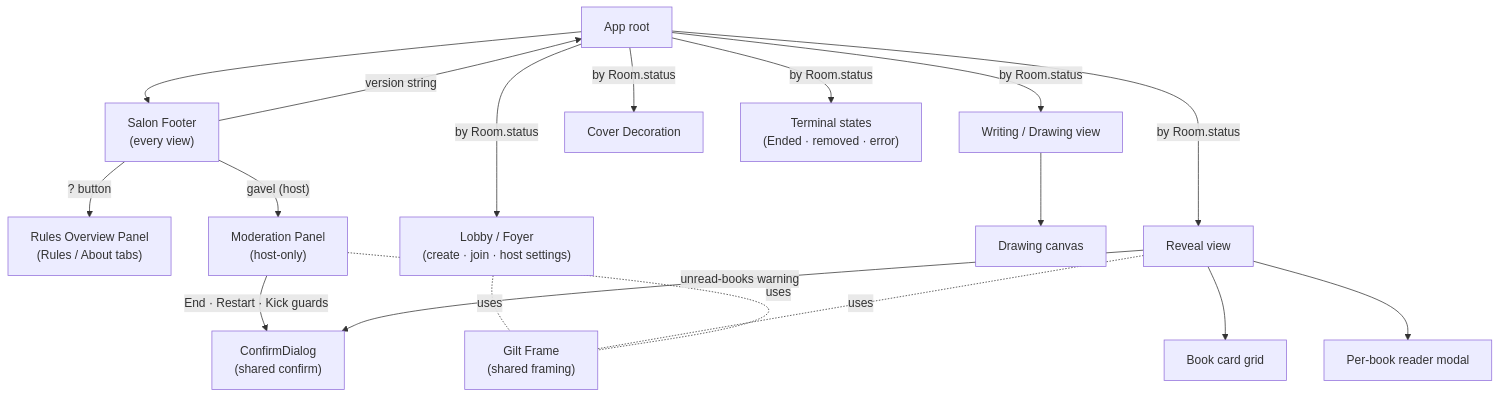
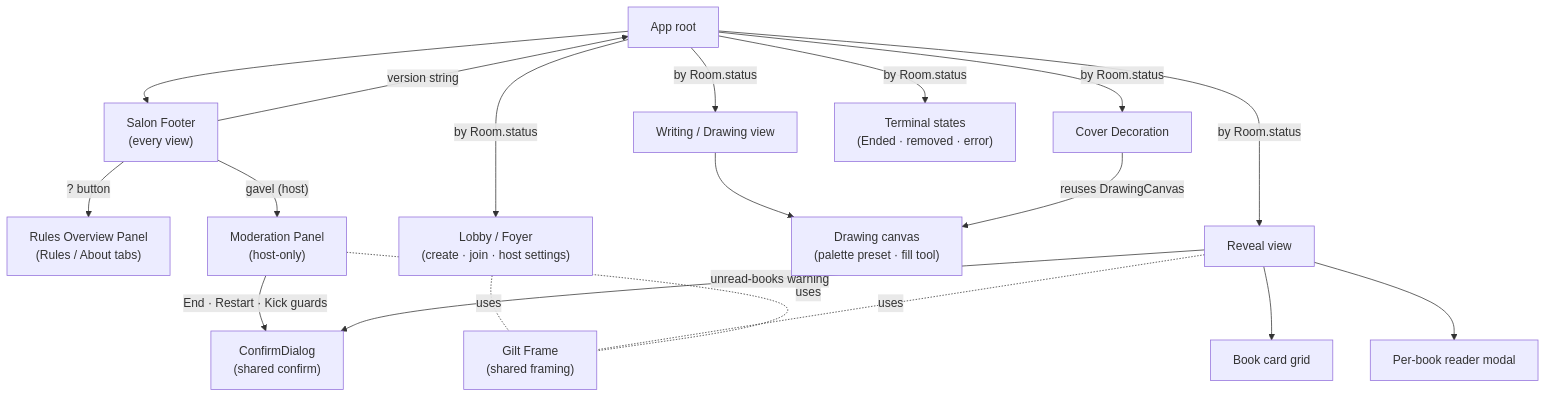
Before and after one commit to moui72/exquisite-telephone: the third of 3 diagrams in README.md, drawn with Mermaid. The commit also changed other lines of this file and 3 other files, not shown here.

First line of the commit message:
docs(project): regenerate diagrams for palette/reveal changes

````diff
--- a/README.md
+++ b/README.md
@@ -252,35 +255,36 @@
 ```mermaid
 graph TD
   App["App root"]
   Footer["Salon Footer<br/>(every view)"]
   Rules["Rules Overview Panel<br/>(Rules / About tabs)"]
   Mod["Moderation Panel<br/>(host-only)"]
   Confirm["ConfirmDialog<br/>(shared confirm)"]
   Lobby["Lobby / Foyer<br/>(create · join · host settings)"]
   WD["Writing / Drawing view"]
-  Canvas["Drawing canvas"]
+  Canvas["Drawing canvas<br/>(palette preset · fill tool)"]
   Cover["Cover Decoration"]
   Reveal["Reveal view"]
   Grid["Book card grid"]
   Reader["Per-book reader modal"]
   States["Terminal states<br/>(Ended · removed · error)"]
   Gilt["Gilt Frame<br/>(shared framing)"]
 
   App --> Footer
   App -->|"by Room.status"| Lobby
   App -->|"by Room.status"| WD
   App -->|"by Room.status"| Cover
   App -->|"by Room.status"| Reveal
   App -->|"by Room.status"| States
   Footer -->|"version string"| App
   Footer -->|"? button"| Rules
   Footer -->|"gavel (host)"| Mod
   Mod -->|"End · Restart · Kick guards"| Confirm
   WD --> Canvas
+  Cover -->|"reuses DrawingCanvas"| Canvas
   Reveal --> Grid
   Reveal --> Reader
   Reveal -->|"unread-books warning"| Confirm
   Lobby -. uses .- Gilt
   Reveal -. uses .- Gilt
   Mod -. uses .- Gilt
 ```
````
